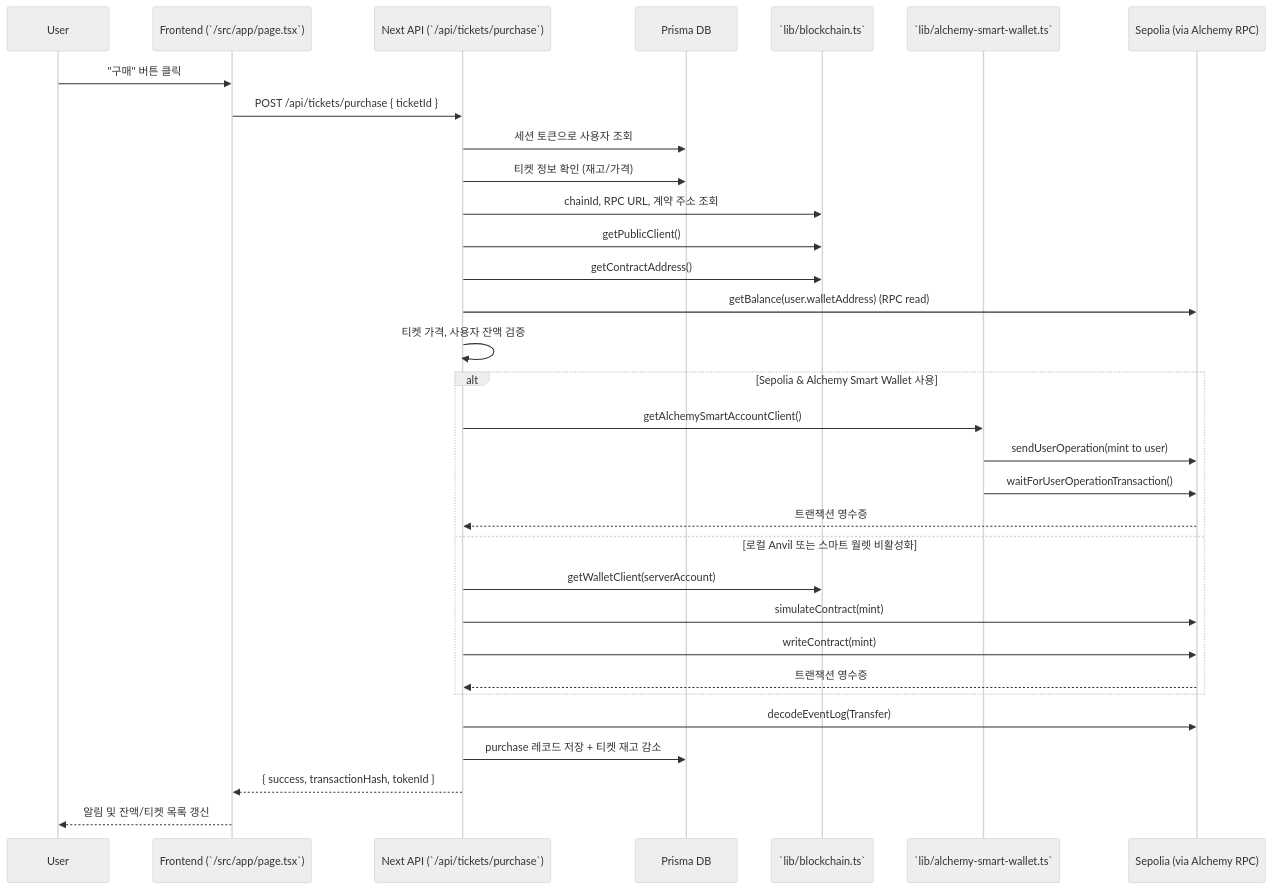
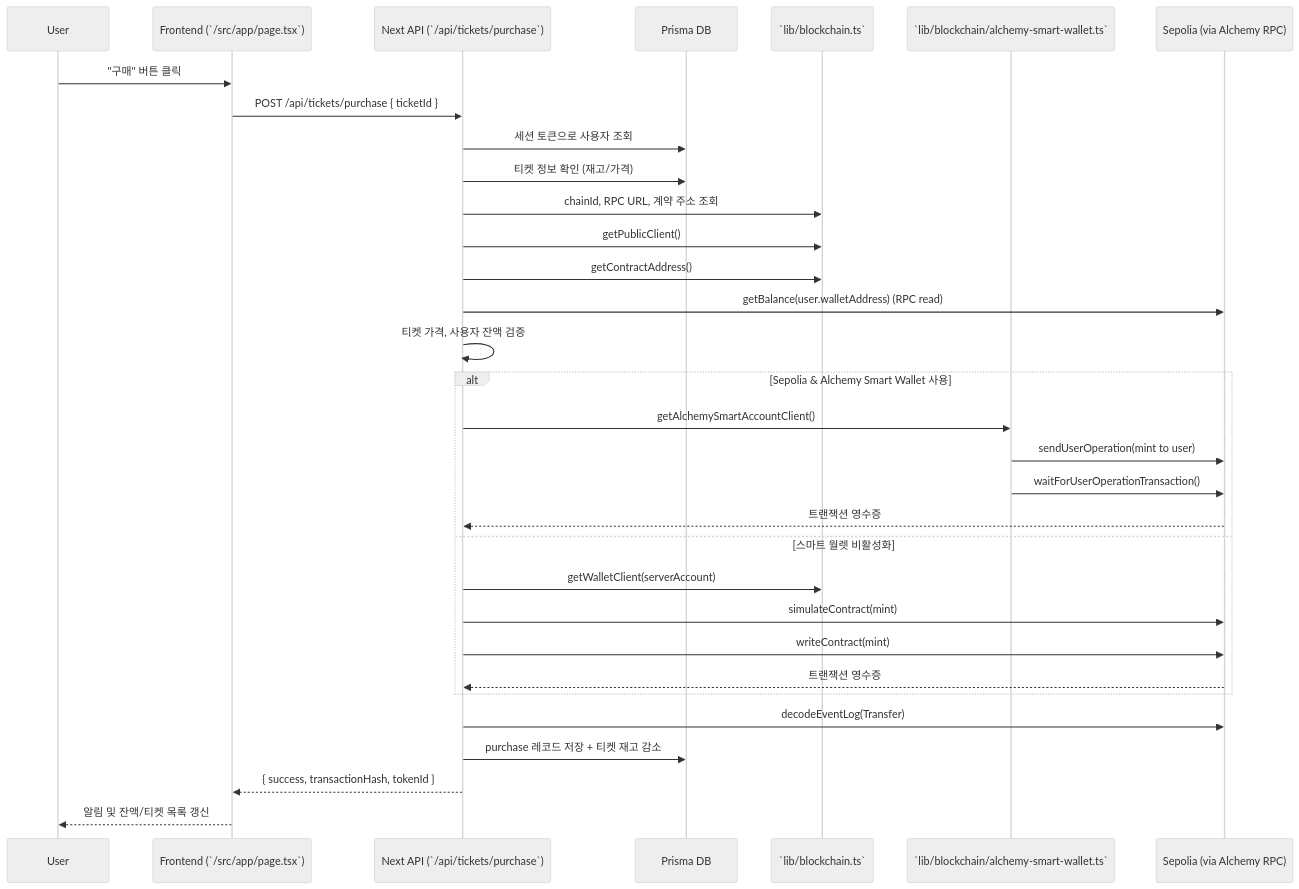
The diagram in web/docs/purchase-flow.md (double-yun/ticket-space), drawn with Mermaid (neutral theme) before and after one commit. The commit also changed other lines of this file and 877 other files, not shown here.

````diff
--- a/web/docs/purchase-flow.md
+++ b/web/docs/purchase-flow.md
@@ -27,35 +27,35 @@
 ```mermaid
 sequenceDiagram
     participant User
     participant Frontend as Frontend (`/src/app/page.tsx`)
     participant API as Next API (`/api/tickets/purchase`)
     participant DB as Prisma DB
     participant ChainResolver as `lib/blockchain.ts`
-    participant SmartWallet as `lib/alchemy-smart-wallet.ts`
+    participant SmartWallet as `lib/blockchain/alchemy-smart-wallet.ts`
     participant Sepolia as Sepolia (via Alchemy RPC)
 
     User->>Frontend: "구매" 버튼 클릭
     Frontend->>API: POST /api/tickets/purchase { ticketId }
     API->>DB: 세션 토큰으로 사용자 조회
     API->>DB: 티켓 정보 확인 (재고/가격)
     API->>ChainResolver: chainId, RPC URL, 계약 주소 조회
     API->>ChainResolver: getPublicClient()
     API->>ChainResolver: getContractAddress()
     API->>Sepolia: getBalance(user.walletAddress) (RPC read)
     API->>API: 티켓 가격, 사용자 잔액 검증
     alt Sepolia & Alchemy Smart Wallet 사용
         API->>SmartWallet: getAlchemySmartAccountClient()
         SmartWallet->>Sepolia: sendUserOperation(mint to user)
         SmartWallet->>Sepolia: waitForUserOperationTransaction()
         Sepolia-->>API: 트랜잭션 영수증
-    else 로컬 Anvil 또는 스마트 월렛 비활성화
+    else 스마트 월렛 비활성화
         API->>ChainResolver: getWalletClient(serverAccount)
         API->>Sepolia: simulateContract(mint)
         API->>Sepolia: writeContract(mint)
         Sepolia-->>API: 트랜잭션 영수증
     end
     API->>Sepolia: decodeEventLog(Transfer)
     API->>DB: purchase 레코드 저장 + 티켓 재고 감소
     API-->>Frontend: { success, transactionHash, tokenId }
     Frontend-->>User: 알림 및 잔액/티켓 목록 갱신
 ```
````
